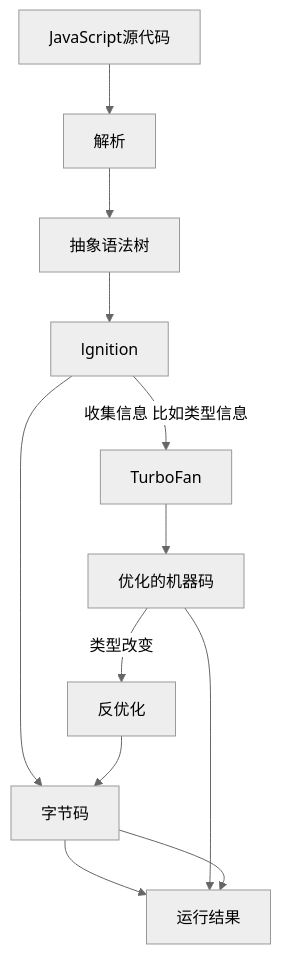
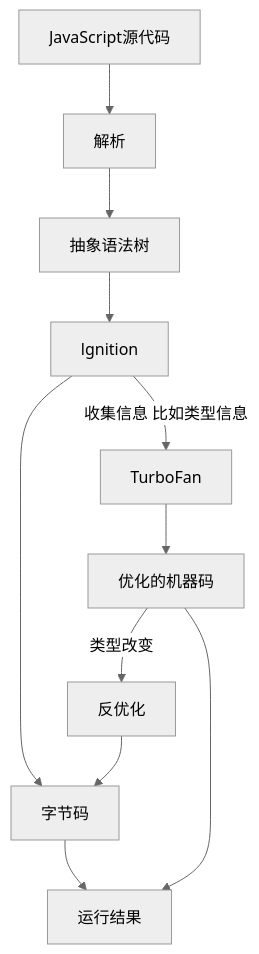
Before and after one commit to CoderNanT/restart: the first of 2 diagrams in JavaScript.md, drawn with Mermaid (neutral theme).

Commit message:
微调

````diff
--- a/JavaScript.md
+++ b/JavaScript.md
@@ -3317,6 +3317,6 @@
   ```mermaid
   graph TD;
     JavaScript源代码-->解析-->抽象语法树-->lgnition-->字节码-->运行结果;
     lgnition--收集信息 比如类型信息-->TurboFan-->优化的机器码-->运行结果;
-    优化的机器码--类型改变-->反优化-->字节码-->运行结果;
+    优化的机器码--类型改变-->反优化-->字节码;
   ```
````
